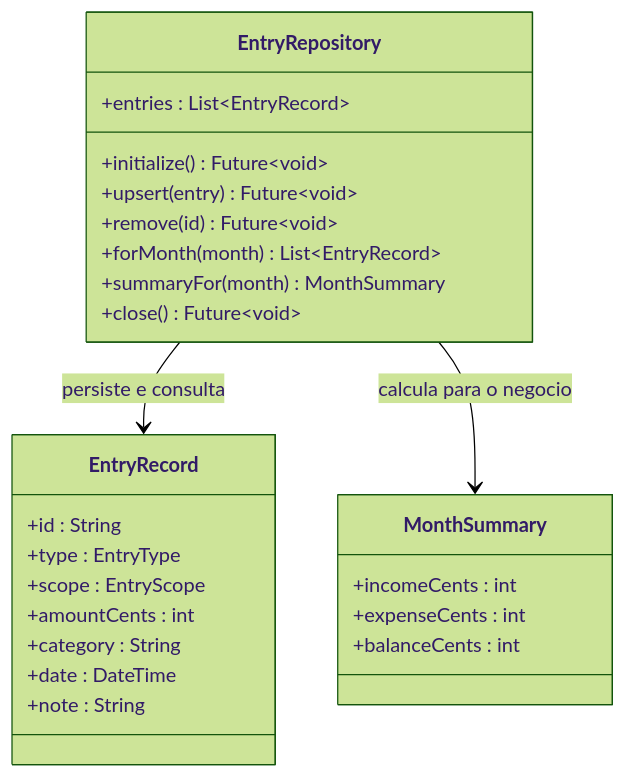
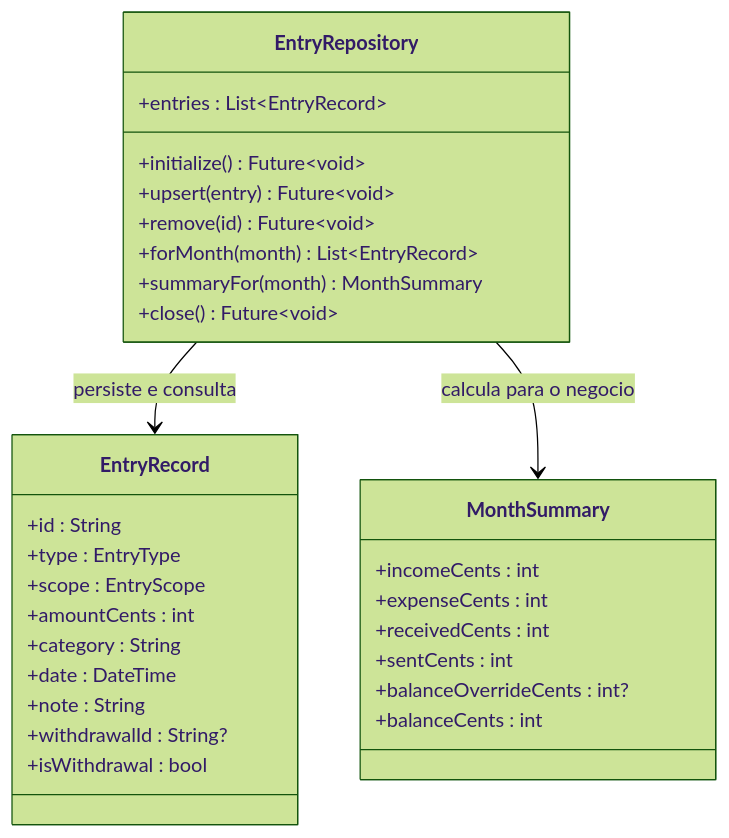
The fourth of 6 diagrams in docs/arquitetura/C4-NOTAMEI.md (Isaqueodev/NotaMei), drawn with Mermaid (forest theme) before and after one commit. The commit also changed other lines of this file and 3 other files, not shown here.

````diff
--- a/docs/arquitetura/C4-NOTAMEI.md
+++ b/docs/arquitetura/C4-NOTAMEI.md
@@ -175,28 +175,33 @@
 ```mermaid
 classDiagram
   class EntryRepository {
     +entries : List~EntryRecord~
     +initialize() Future~void~
     +upsert(entry) Future~void~
     +remove(id) Future~void~
     +forMonth(month) List~EntryRecord~
     +summaryFor(month) MonthSummary
     +close() Future~void~
   }
   class EntryRecord {
     +id : String
     +type : EntryType
     +scope : EntryScope
     +amountCents : int
     +category : String
     +date : DateTime
     +note : String
+    +withdrawalId : String?
+    +isWithdrawal : bool
   }
   class MonthSummary {
     +incomeCents : int
     +expenseCents : int
+    +receivedCents : int
+    +sentCents : int
+    +balanceOverrideCents : int?
     +balanceCents : int
   }
   EntryRepository --> EntryRecord : persiste e consulta
   EntryRepository --> MonthSummary : calcula para o negocio
 ```
````
